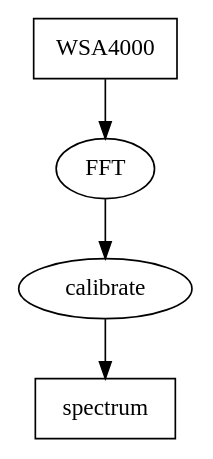
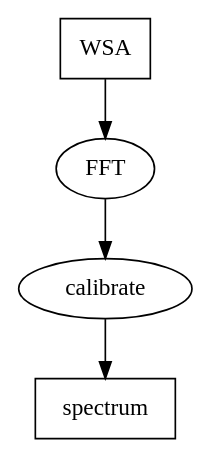
One commit to pyrf/pyrf changed the first of 3 diagrams in docs/plans.rst. Above: the diagram before and after it, drawn with Graphviz. The commit also changed other lines of this file and 21 other files, not shown here.

```diff
--- a/docs/plans.rst
+++ b/docs/plans.rst
@@ -18,9 +18,9 @@
 .. graphviz::
 
    digraph processing {
-      WSA4000 [shape=box];
-      WSA4000 -> FFT;
+      WSA [shape=box];
+      WSA -> FFT;
       FFT -> calibrate;
       calibrate -> spectrum;
       spectrum [shape=box];
    }
```
